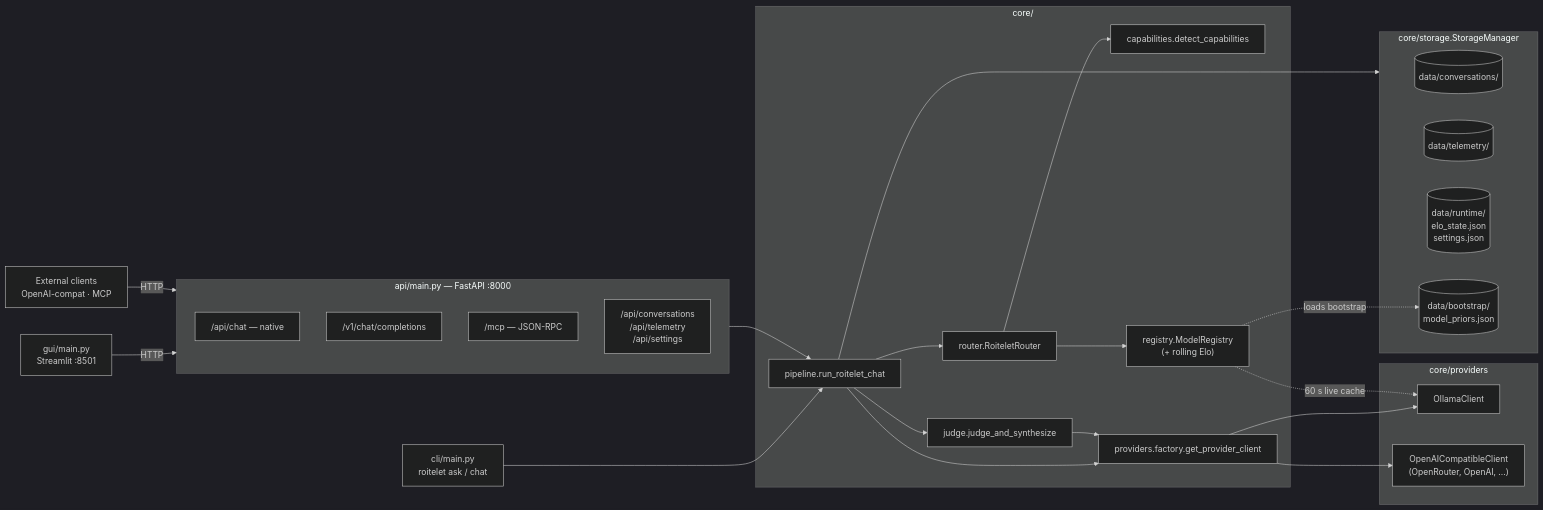
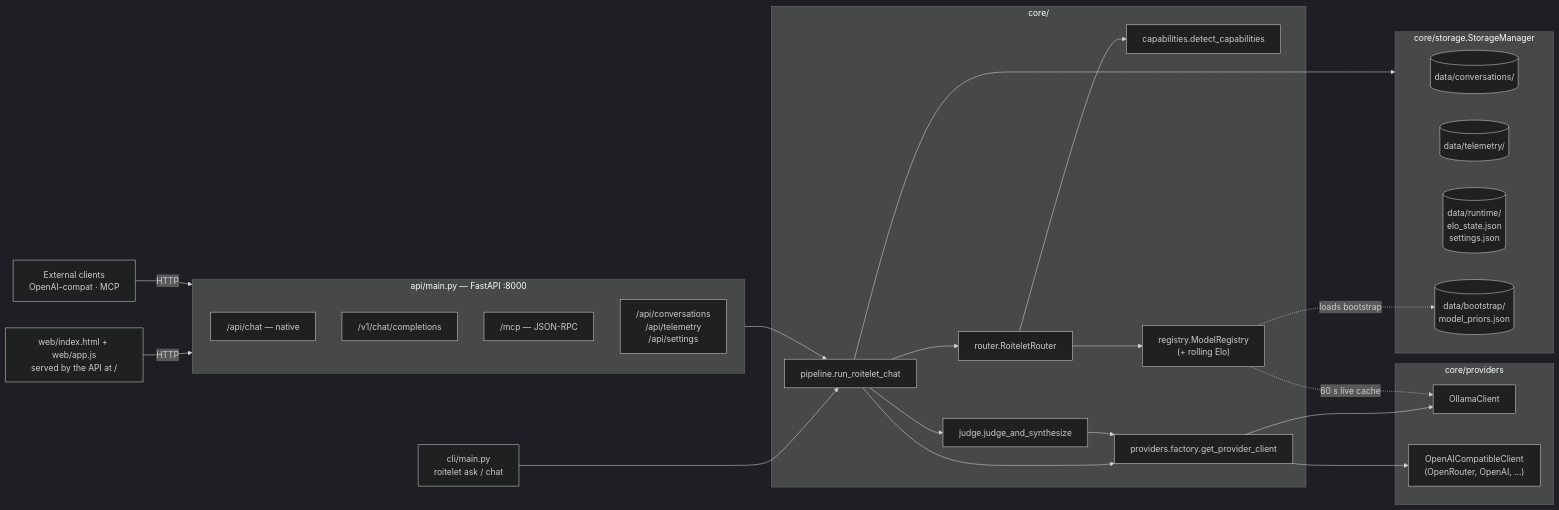
One commit to warith-harchaoui/roitelet-llm changed the first of 6 diagrams in MECHANISM.md. Above: the diagram before and after it, drawn with Mermaid (dark theme). The commit also changed other lines of this file and 4 other files, not shown here.

Commit message:
refactor: replace Streamlit GUI with native web client served by FastAPI and add defensive validation for API endpoints and cost estimation

````diff
--- a/MECHANISM.md
+++ b/MECHANISM.md
@@ -15,51 +15,51 @@
 ```mermaid
 flowchart LR
     CLI["cli/main.py<br/>roitelet ask / chat"]
-    GUI["gui/main.py<br/>Streamlit :8501"]
+    WEB["web/index.html + web/app.js<br/>served by the API at /"]
     EXT["External clients<br/>OpenAI-compat · MCP"]
 
     subgraph API["api/main.py — FastAPI :8000"]
         EP1["/api/chat — native"]
         EP2["/v1/chat/completions"]
         EP3["/mcp — JSON-RPC"]
         EP4["/api/conversations<br/>/api/telemetry<br/>/api/settings"]
     end
 
     subgraph Core["core/"]
         PIPE["pipeline.run_roitelet_chat"]
         ROUTER["router.RoiteletRouter"]
         CAP["capabilities.detect_capabilities"]
         REG["registry.ModelRegistry<br/>(+ rolling Elo)"]
         JUDGE["judge.judge_and_synthesize"]
         FACT["providers.factory.get_provider_client"]
     end
 
     subgraph Providers["core/providers"]
         OLL["OllamaClient"]
         OAI["OpenAICompatibleClient<br/>(OpenRouter, OpenAI, ...)"]
     end
 
     subgraph Storage["core/storage.StorageManager"]
         DB1[("data/conversations/")]
         DB2[("data/telemetry/")]
         DB3[("data/runtime/<br/>elo_state.json<br/>settings.json")]
         DB4[("data/bootstrap/<br/>model_priors.json")]
     end
 
     CLI --> PIPE
-    GUI -- "HTTP" --> API
+    WEB -- "HTTP" --> API
     EXT -- "HTTP" --> API
     API --> PIPE
 
     PIPE --> ROUTER
     ROUTER --> CAP
     ROUTER --> REG
     PIPE --> FACT
     FACT --> OLL
     FACT --> OAI
     PIPE --> JUDGE
     JUDGE --> FACT
     PIPE --> Storage
     REG -. "loads bootstrap" .-> DB4
     REG -. "60 s live cache" .-> OLL
 ```
````
